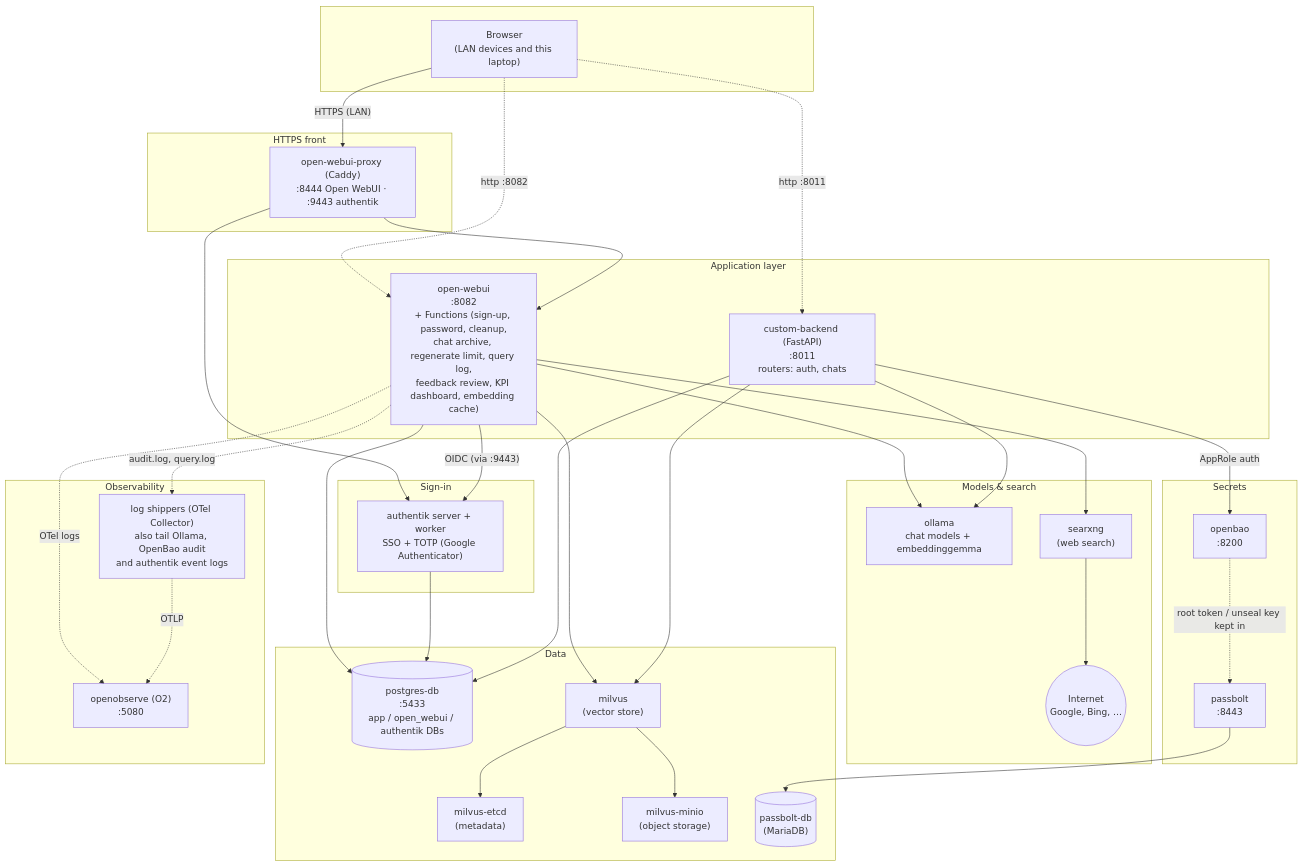
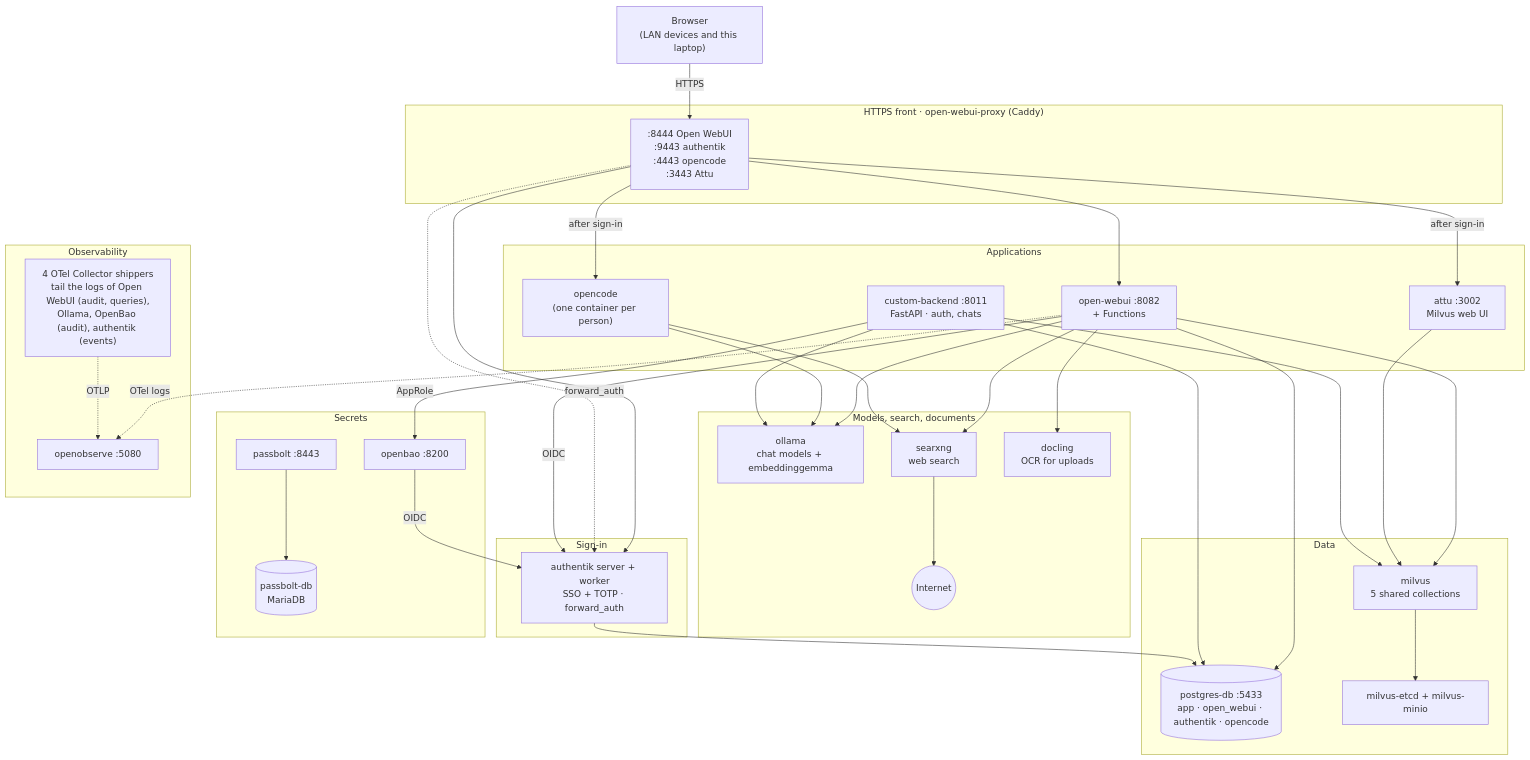
The diagram in README.md (akshatz/laptop-ai-backend), drawn with Mermaid before and after one commit. The commit also changed other lines of this file, not shown here.

Commit message:
README diagram: add docling, Attu, opencode, proxy ports 4443/3443, forward_auth and OpenBao OIDC; real line breaks

````diff
--- a/README.md
+++ b/README.md
@@ -7,71 +7,63 @@
 ```mermaid
 flowchart TB
-    subgraph client[" "]
-        browser["Browser\n(LAN devices and this laptop)"]
-    end
+    browser["Browser<br/>(LAN devices and this laptop)"]
 
-    subgraph edge["HTTPS front"]
-        proxy["open-webui-proxy (Caddy)\n:8444 Open WebUI · :9443 authentik"]
-    end
-
-    subgraph app["Application layer"]
-        webui["open-webui\n:8082\n+ Functions (sign-up, password, cleanup,\nchat archive, regenerate limit, query log,\nfeedback review, KPI dashboard, embedding cache)"]
-        backend["custom-backend (FastAPI)\n:8011\nrouters: auth, chats"]
+    subgraph edge["HTTPS front · open-webui-proxy (Caddy)"]
+        proxy[":8444 Open WebUI<br/>:9443 authentik<br/>:4443 opencode<br/>:3443 Attu"]
     end
 
     subgraph identity["Sign-in"]
-        authentik["authentik server + worker\nSSO + TOTP (Google Authenticator)"]
+        authentik["authentik server + worker<br/>SSO + TOTP · forward_auth"]
     end
 
-    subgraph inference["Models & search"]
-        ollama["ollama\nchat models + embeddinggemma"]
-        searxng["searxng\n(web search)"]
-        internet(("Internet\nGoogle, Bing, …"))
+    subgraph app["Applications"]
+        webui["open-webui :8082<br/>+ Functions"]
+        backend["custom-backend :8011<br/>FastAPI · auth, chats"]
+        opencode["opencode<br/>(one container per person)"]
+        attu["attu :3002<br/>Milvus web UI"]
+    end
+
+    subgraph ai["Models, search, documents"]
+        ollama["ollama<br/>chat models + embeddinggemma"]
+        searxng["searxng<br/>web search"]
+        docling["docling<br/>OCR for uploads"]
+        internet(("Internet"))
     end
 
     subgraph data["Data"]
-        postgres[("postgres-db\n:5433\napp / open_webui / authentik DBs")]
-        milvus["milvus\n(vector store)"]
-        milvusEtcd["milvus-etcd\n(metadata)"]
-        milvusMinio["milvus-minio\n(object storage)"]
-        passboltDb[("passbolt-db\n(MariaDB)")]
+        postgres[("postgres-db :5433<br/>app · open_webui · authentik · opencode")]
+        milvus["milvus<br/>5 shared collections"]
+        milvusDeps["milvus-etcd + milvus-minio"]
     end
 
     subgraph secrets["Secrets"]
-        openbao["openbao\n:8200"]
-        passbolt["passbolt\n:8443"]
+        openbao["openbao :8200"]
+        passbolt["passbolt :8443"]
+        passboltDb[("passbolt-db<br/>MariaDB")]
     end
 
-    subgraph observability["Observability"]
-        shippers["log shippers (OTel Collector)\nalso tail Ollama, OpenBao audit\nand authentik event logs"]
-        openobserve["openobserve (O2)\n:5080"]
+    subgraph obs["Observability"]
+        shippers["4 OTel Collector shippers<br/>tail the logs of Open WebUI (audit, queries),<br/>Ollama, OpenBao (audit), authentik (events)"]
+        openobserve["openobserve :5080"]
     end
 
-    browser -- "HTTPS (LAN)" --> proxy
-    browser -. "http :8082" .-> webui
-    browser -. "http :8011" .-> backend
-    proxy --> webui
-    proxy --> authentik
+    browser -- HTTPS --> proxy
+    proxy --> webui & authentik
+    proxy -- "after sign-in" --> opencode & attu
+    proxy -. "forward_auth" .-> authentik
 
-    webui -- "OIDC (via :9443)" --> authentik
-    webui --> ollama
-    webui --> searxng
+    webui -- OIDC --> authentik
+    openbao -- OIDC --> authentik
+    webui --> ollama & searxng & docling & milvus & postgres
     searxng --> internet
-    webui --> milvus
-    webui --> postgres
+    opencode --> ollama & searxng
+    attu --> milvus
+    backend --> ollama & milvus & postgres
+    backend -- AppRole --> openbao
     authentik --> postgres
-
-    backend --> ollama
-    backend --> milvus
-    backend --> postgres
-    backend -- "AppRole auth" --> openbao
-
-    milvus --> milvusEtcd
-    milvus --> milvusMinio
+    milvus --> milvusDeps
     passbolt --> passboltDb
-    openbao -. "root token / unseal key kept in" .-> passbolt
 
     webui -. "OTel logs" .-> openobserve
-    webui -. "audit.log, query.log" .-> shippers
     shippers -. OTLP .-> openobserve
 ```
````
